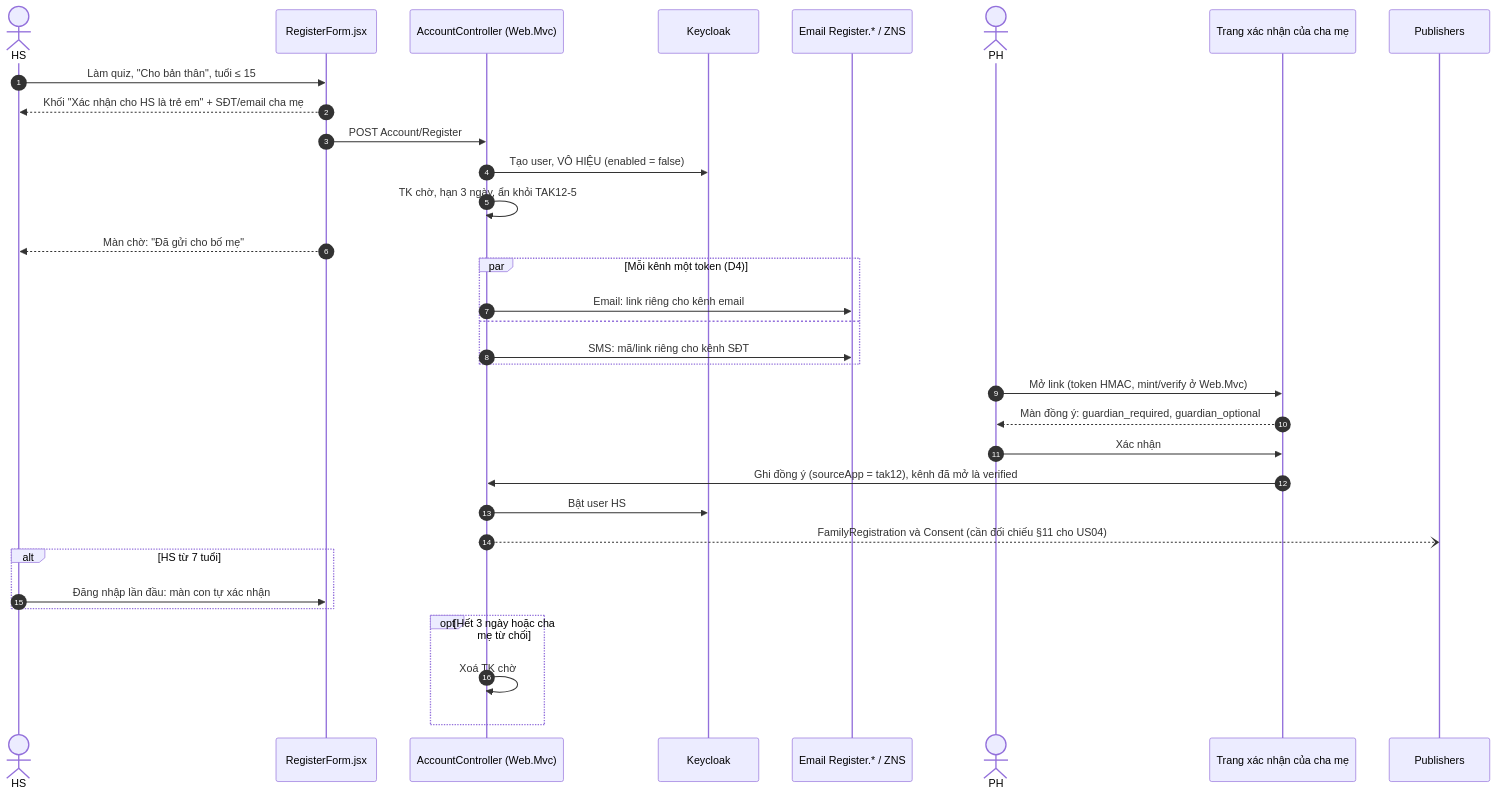
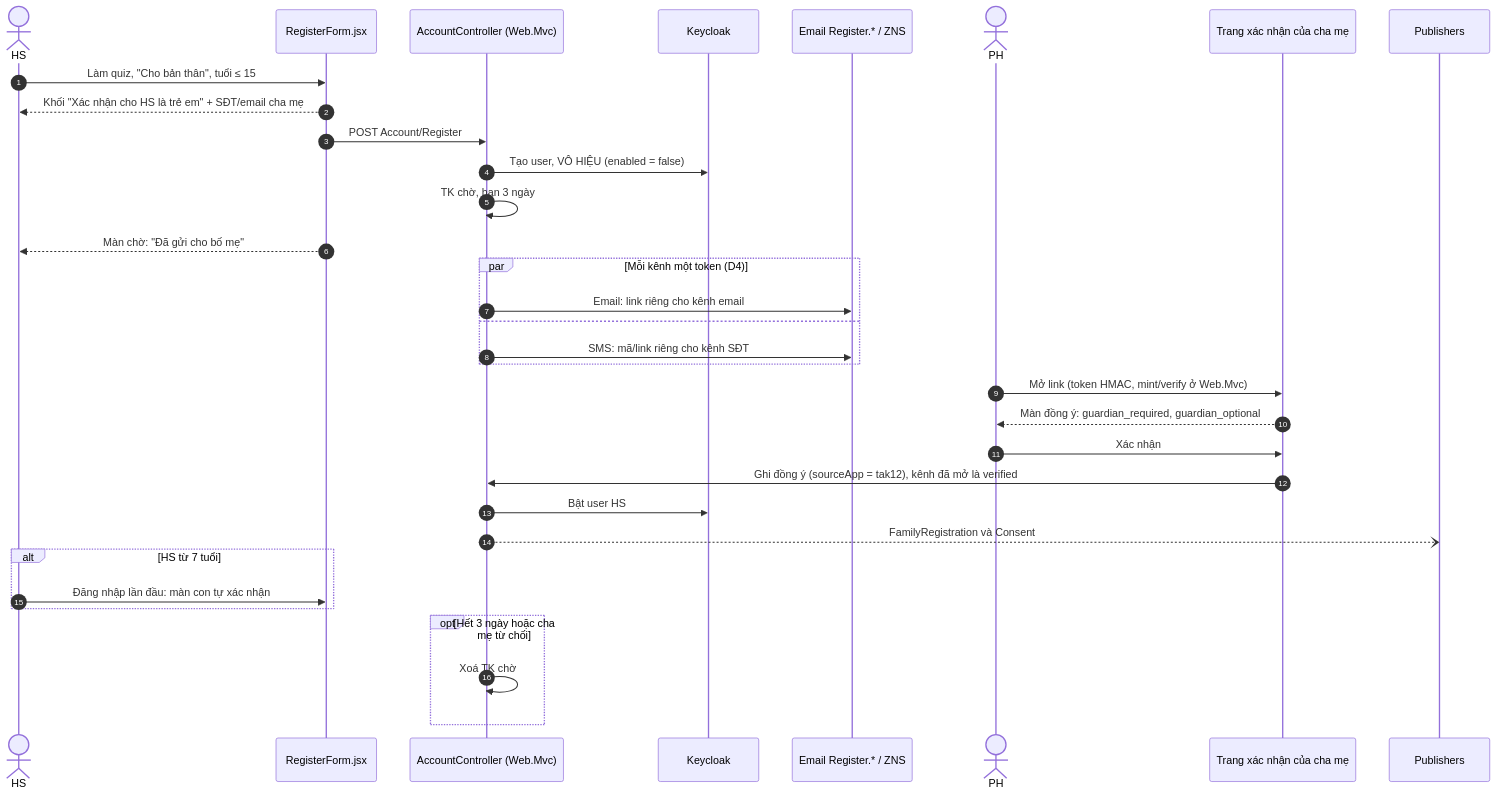
Before and after one commit to riddle-bash/tak12-eduhub-consent-flow: the fourth of 8 diagrams in features-design.md, drawn with Mermaid. The commit also changed other lines of this file, not shown here.

````diff
--- a/features-design.md
+++ b/features-design.md
@@ -128,36 +128,36 @@
 ```mermaid
 sequenceDiagram
   autonumber
   actor HS
   participant FE as RegisterForm.jsx
   participant AC as AccountController (Web.Mvc)
   participant KC as Keycloak
   participant MSG as Email Register.* / ZNS
   actor PH
   participant GP as Trang xác nhận của cha mẹ
   participant PUB as Publishers
   HS->>FE: Làm quiz, "Cho bản thân", tuổi ≤ 15
   FE-->>HS: Khối "Xác nhận cho HS là trẻ em" + SĐT/email cha mẹ
   FE->>AC: POST Account/Register
   AC->>KC: Tạo user, VÔ HIỆU (enabled = false)
-  AC->>AC: TK chờ, hạn 3 ngày, ẩn khỏi TAK12-5
+  AC->>AC: TK chờ, hạn 3 ngày
   FE-->>HS: Màn chờ: "Đã gửi cho bố mẹ"
   par Mỗi kênh một token (D4)
     AC->>MSG: Email: link riêng cho kênh email
   and
     AC->>MSG: SMS: mã/link riêng cho kênh SĐT
   end
   PH->>GP: Mở link (token HMAC, mint/verify ở Web.Mvc)
   GP-->>PH: Màn đồng ý: guardian_required, guardian_optional
   PH->>GP: Xác nhận
   GP->>AC: Ghi đồng ý (sourceApp = tak12), kênh đã mở là verified
   AC->>KC: Bật user HS
-  AC--)PUB: FamilyRegistration và Consent (cần đối chiếu §11 cho US04)
+  AC--)PUB: FamilyRegistration và Consent
   alt HS từ 7 tuổi
     HS->>FE: Đăng nhập lần đầu: màn con tự xác nhận
   end
   opt Hết 3 ngày hoặc cha mẹ từ chối
     AC->>AC: Xoá TK chờ
   end
   
 ```
````
